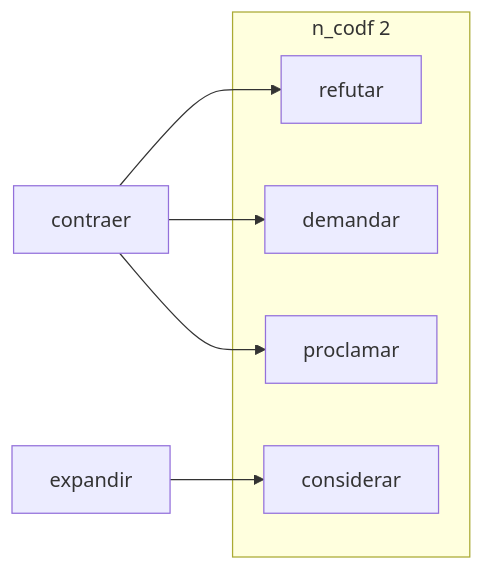
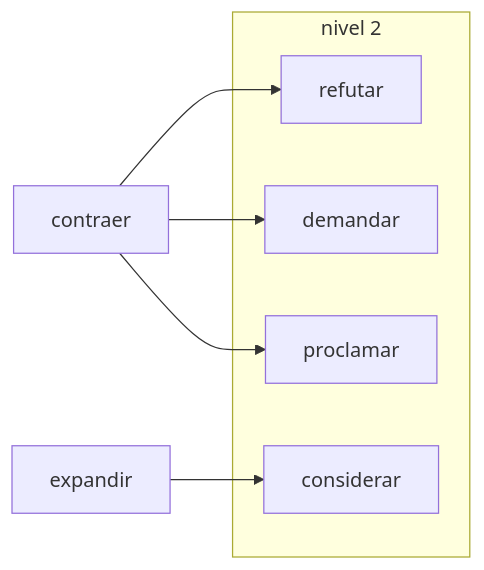
The fifth of 8 diagrams in manuals/manual_codificacion.md (augusto-rp/phd_experiment2), drawn with Mermaid before and after one commit. The commit also changed other lines of this file, not shown here.

````diff
--- a/manuals/manual_codificacion.md
+++ b/manuals/manual_codificacion.md
@@ -460,16 +471,16 @@
 ```mermaid
 graph LR;
 d[contraer]
 e[expandir]
 f[refutar]
 g[demandar]
 h[proclamar]
 i[considerar]
 
 d-->f & g & h
 e--> i
 
-subgraph n_codf 2
+subgraph nivel 2
 f & g & h & i
 end
 ```
````
